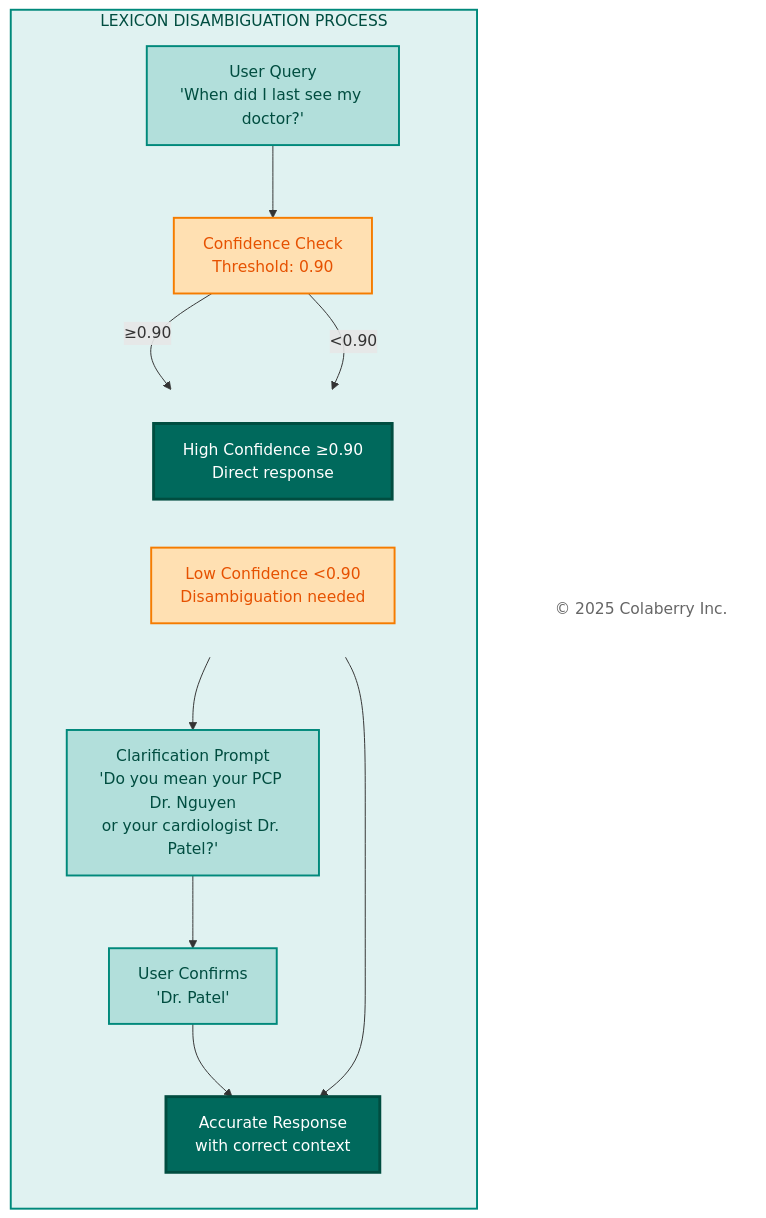
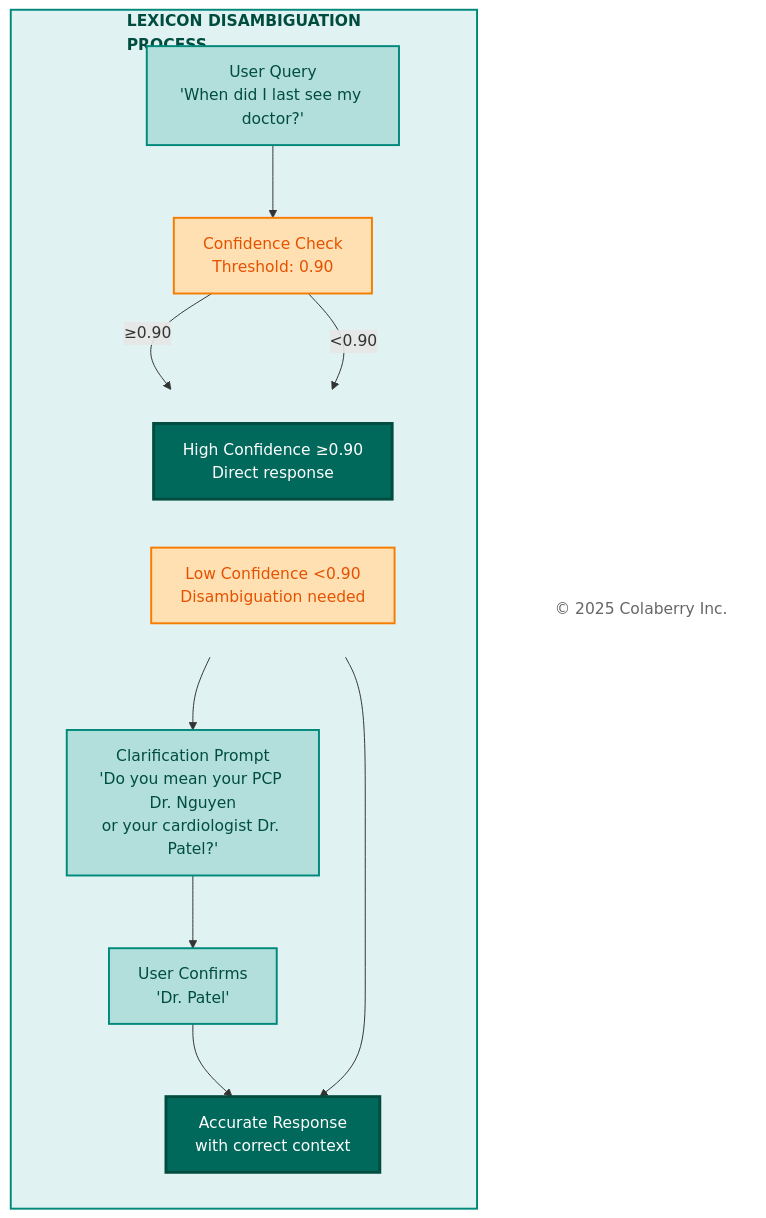
One commit to saitejesh-cyber/trust-before-intelligence-book changed the fifth of 11 diagrams in manuscript/09_chapter_8_architecture_of_trust_in_action.md. Above: the diagram before and after it, drawn with Mermaid. The commit also changed other lines of this file, not shown here.

````diff
--- a/manuscript/09_chapter_8_architecture_of_trust_in_action.md
+++ b/manuscript/09_chapter_8_architecture_of_trust_in_action.md
@@ -331,42 +331,42 @@
 ```mermaid
 
 graph TB
-  subgraph DISAMBIGUATION["LEXICON DISAMBIGUATION PROCESS"]
+  subgraph DISAMBIGUATION["<b>LEXICON DISAMBIGUATION<br/>PROCESS</b>"]
     direction TB
     Q["User Query<br/>'When did I last see my doctor?'"]
     
     CONF["Confidence Check<br/>Threshold: 0.90"]
     
     subgraph PATHS[" "]
       direction LR
       HIGH["High Confidence ≥0.90<br/>Direct response"]
       LOW["Low Confidence <0.90<br/>Disambiguation needed"]
     end
     
     PROMPT["Clarification Prompt<br/>'Do you mean your PCP Dr. Nguyen<br/>or your cardiologist Dr. Patel?'"]
     
     RESP["User Confirms<br/>'Dr. Patel'"]
     
     RESULT["Accurate Response<br/>with correct context"]
   end
   
   Copyright["© 2025 Colaberry Inc."]
   
   Q --> CONF
   CONF -->|"≥0.90"| HIGH
   CONF -->|"<0.90"| LOW
   HIGH --> RESULT
   LOW --> PROMPT --> RESP --> RESULT
   
   style DISAMBIGUATION fill:#e0f2f1,stroke:#00897b,stroke-width:2px,color:#004d40
   style Q fill:#b2dfdb,stroke:#00897b,stroke-width:2px,color:#004d40
   style CONF fill:#ffe0b2,stroke:#f57c00,stroke-width:2px,color:#e65100
   style PATHS fill:none,stroke:none
   style HIGH fill:#00695c,color:#ffffff,stroke:#004d40,stroke-width:3px
   style LOW fill:#ffe0b2,stroke:#f57c00,stroke-width:2px,color:#e65100
   style PROMPT fill:#b2dfdb,stroke:#00897b,stroke-width:2px,color:#004d40
   style RESP fill:#b2dfdb,stroke:#00897b,stroke-width:2px,color:#004d40
   style RESULT fill:#00695c,color:#ffffff,stroke:#004d40,stroke-width:3px
   style Copyright fill:#ffffff,stroke:none,color:#666666
 
 ```
````
